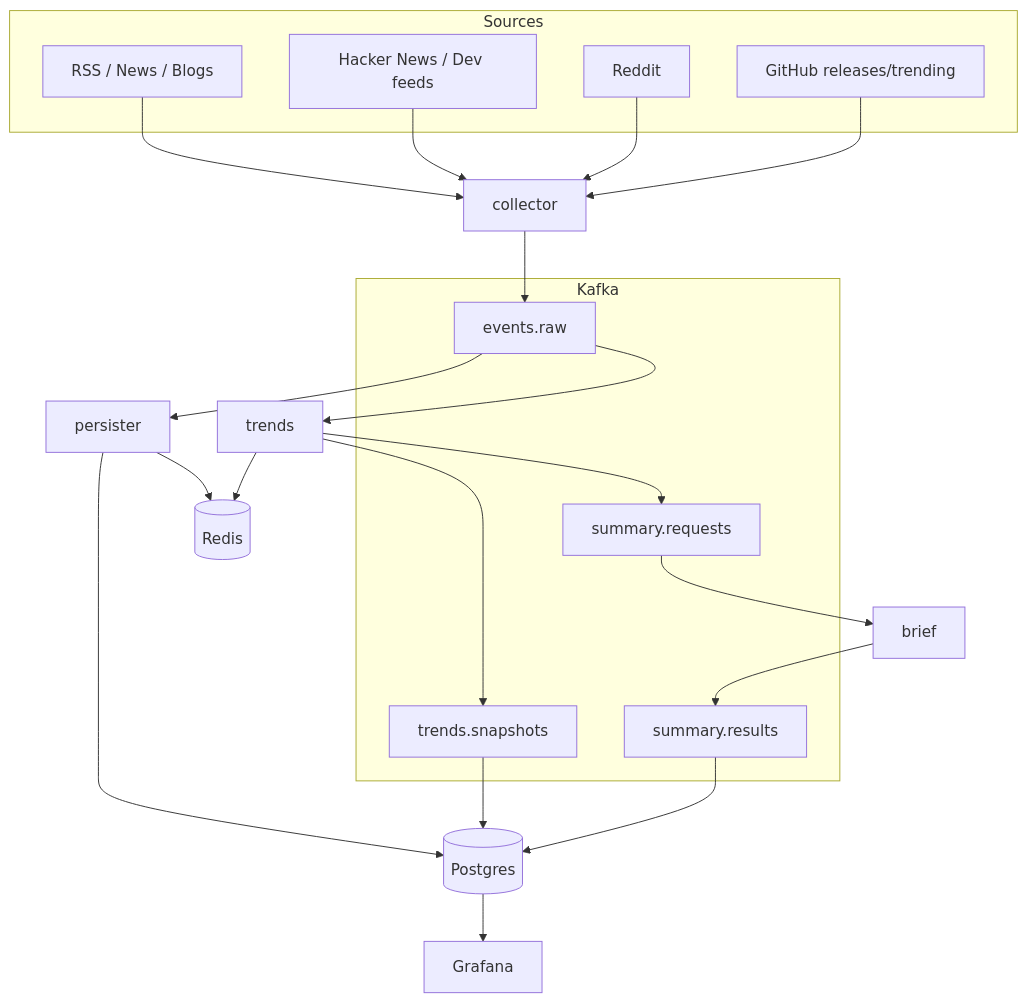
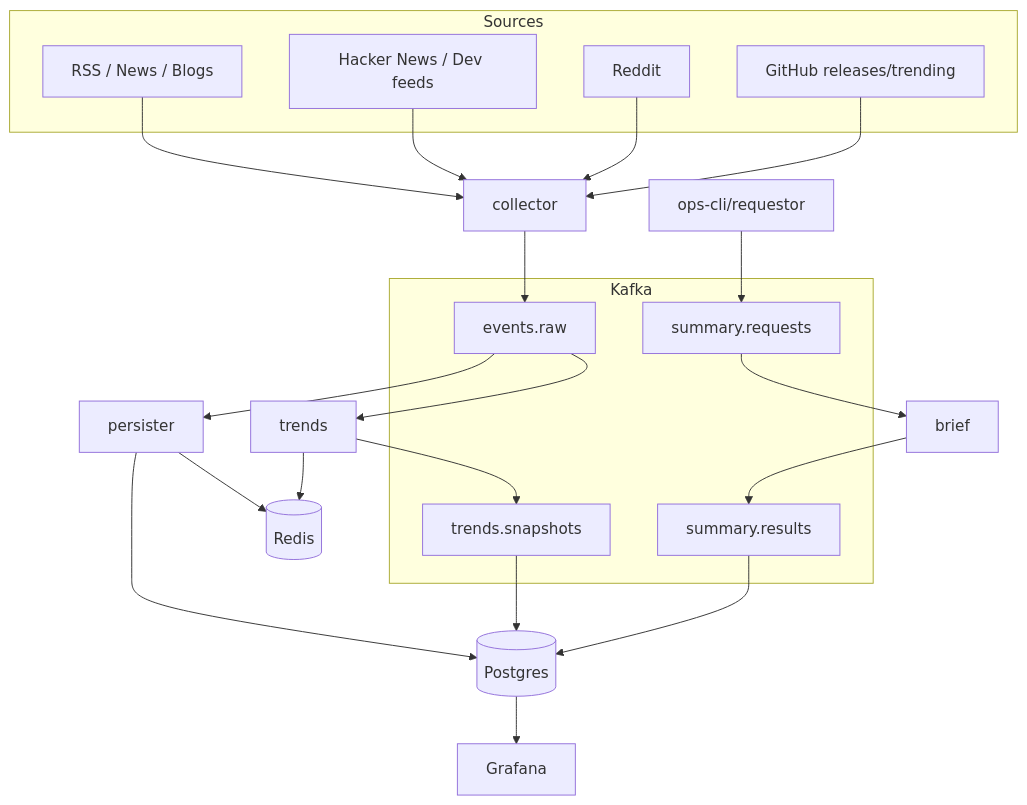
The diagram in specs/001-real-time-personal-intelligence-system.md (bricerising/rising-intelligence), drawn with Mermaid before and after one commit. The commit also changed other lines of this file and 34 other files, not shown here.

````diff
--- a/specs/001-real-time-personal-intelligence-system.md
+++ b/specs/001-real-time-personal-intelligence-system.md
@@ -144,48 +146,49 @@
 ```mermaid
 flowchart TD
   subgraph Sources
     RSS[RSS / News / Blogs]
     HN[Hacker News / Dev feeds]
     RD[Reddit]
     GH[GitHub releases/trending]
   end
 
   subgraph Kafka
     ER[events.raw]
     TS[trends.snapshots]
     SReq[summary.requests]
     SRes[summary.results]
   end
 
   C[collector]
   PS[persister]
   TP[trends]
+  OP[ops-cli/requestor]
   BR[brief]
 
   R[(Redis)]
   PG[(Postgres)]
   G[Grafana]
 
   RSS --> C
   HN --> C
   RD --> C
   GH --> C
 
   C --> ER
 
   ER --> PS
   PS --> PG
   PS --> R
 
   ER --> TP
   TP --> R
   TP --> TS
-  TP --> SReq
   TS --> PG
 
+  OP --> SReq
   SReq --> BR
   BR --> SRes
   SRes --> PG
 
   PG --> G
 ```
````
